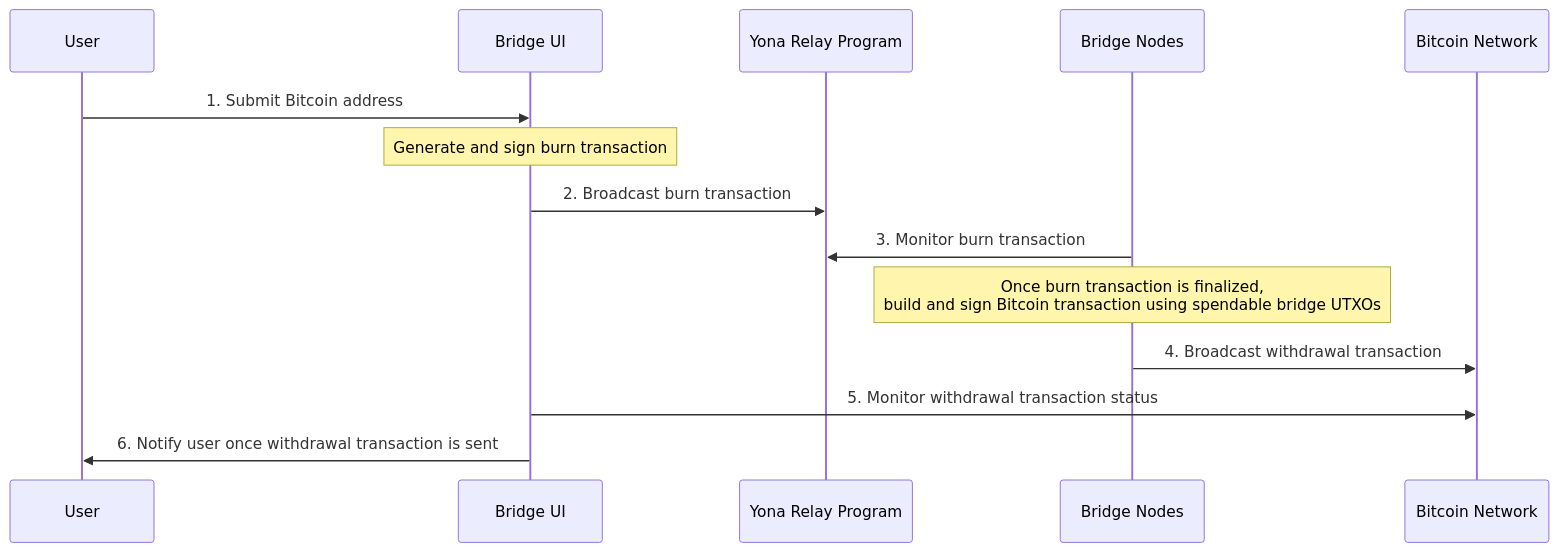
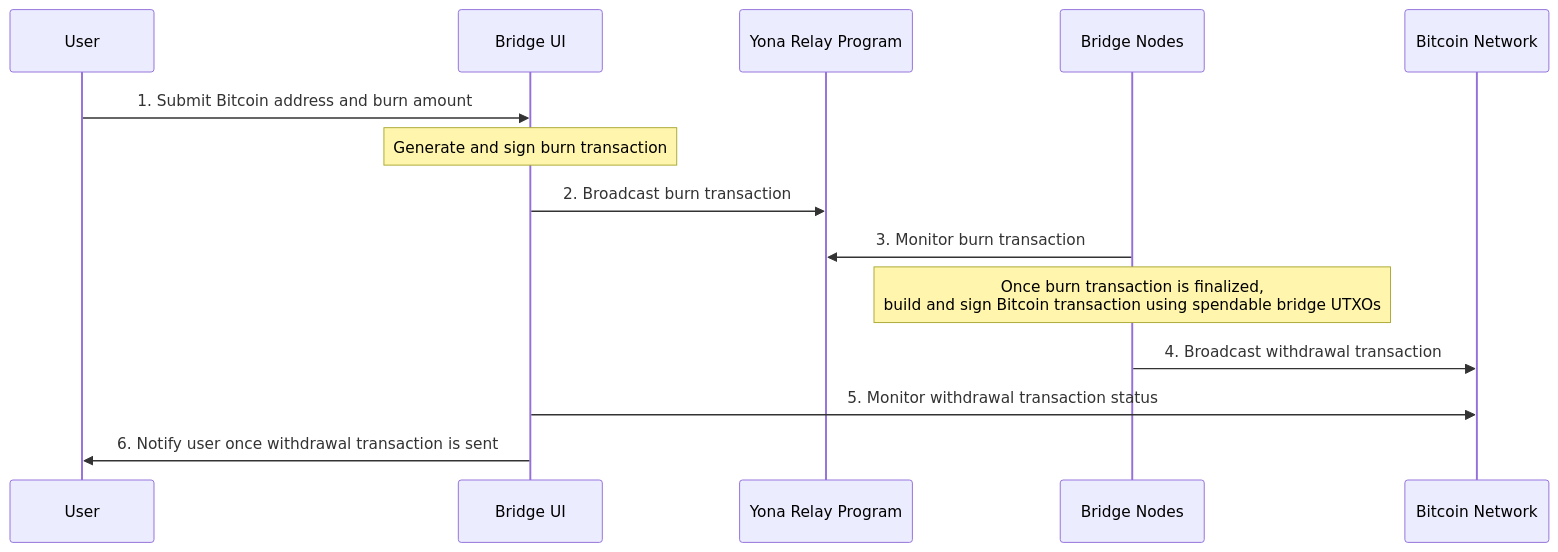
The diagram in docs/diagrams/bridge_withdrawal.md (Yona-Labs/bitcoin-svm-bridge), drawn with Mermaid before and after one commit.

Commit message:
Update bridge withdrawal diagram.

````diff
--- a/docs/diagrams/bridge_withdrawal.md
+++ b/docs/diagrams/bridge_withdrawal.md
@@ -1,16 +1,16 @@
 ```mermaid
 sequenceDiagram
     participant User
     participant Bridge UI
     participant Yona Relay Program
     participant Bridge Nodes
     participant Bitcoin Network
-    User ->> Bridge UI: 1. Submit Bitcoin address
+    User ->> Bridge UI: 1. Submit Bitcoin address and burn amount
     Note over Bridge UI: Generate and sign burn transaction
     Bridge UI ->> Yona Relay Program: 2. Broadcast burn transaction
     Bridge Nodes ->> Yona Relay Program: 3. Monitor burn transaction
     Note over Bridge Nodes: Once burn transaction is finalized,<br> build and sign Bitcoin transaction using spendable bridge UTXOs
     Bridge Nodes ->> Bitcoin Network: 4. Broadcast withdrawal transaction
     Bridge UI ->> Bitcoin Network: 5. Monitor withdrawal transaction status
     Bridge UI ->> User: 6. Notify user once withdrawal transaction is sent
 ```
````
